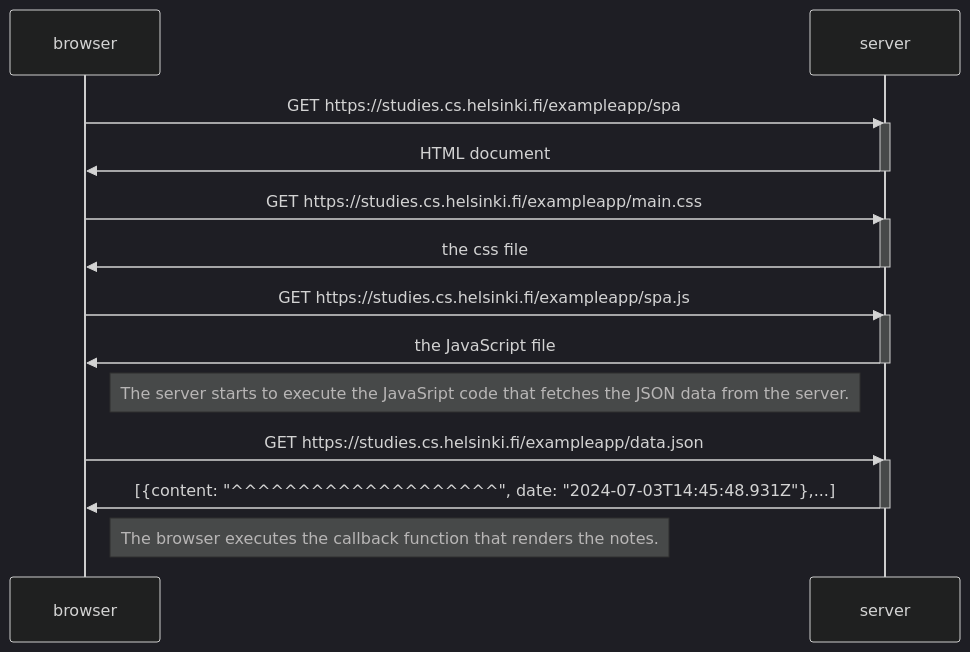
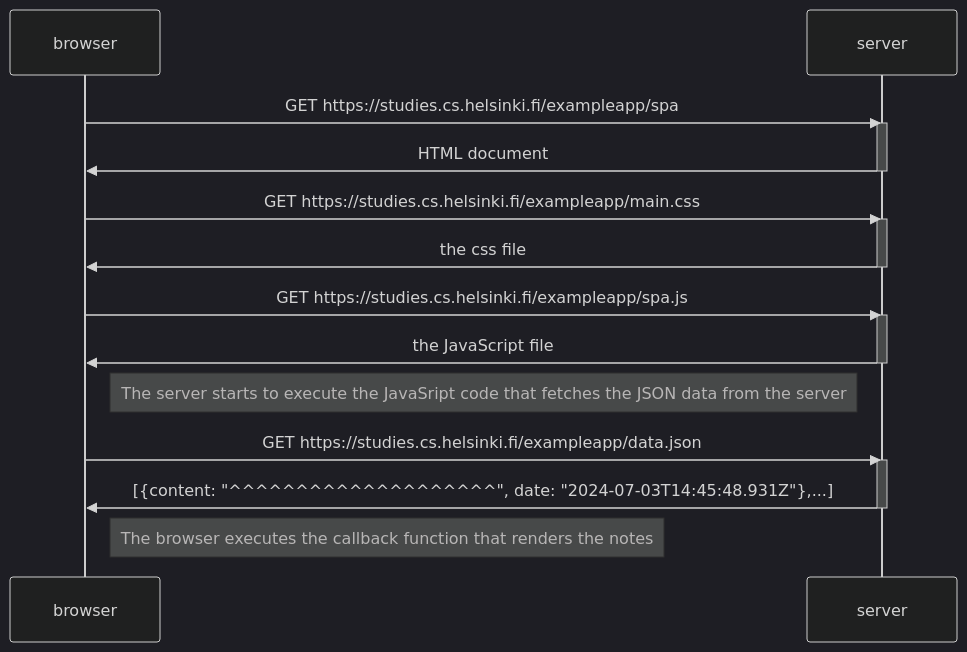
The diagram in osa0/05singlepageapp.md (jennavahtera/fullstack), drawn with Mermaid (dark theme) before and after one commit.

````diff
--- a/osa0/05singlepageapp.md
+++ b/osa0/05singlepageapp.md
@@ -1,30 +1,30 @@
 ```mermaid
 sequenceDiagram
 
         participant browser
         participant server
 
         browser->>server: GET https://studies.cs.helsinki.fi/exampleapp/spa
         activate server
         server->>browser: HTML document
         deactivate server
 
         browser->>server: GET https://studies.cs.helsinki.fi/exampleapp/main.css
         activate server
         server->>browser: the css file
         deactivate server
 
         browser->>server: GET https://studies.cs.helsinki.fi/exampleapp/spa.js
         activate server
         server->>browser: the JavaScript file
         deactivate server
 
-Note right of browser: The server starts to execute the JavaSript code that fetches the JSON data from the server.
+Note right of browser: The server starts to execute the JavaSript code that fetches the JSON data from the server
 
 	browser->>server: GET https://studies.cs.helsinki.fi/exampleapp/data.json
 	activate server
 	server->>browser: [{content: "^^^^^^^^^^^^^^^^^^^^", date: "2024-07-03T14:45:48.931Z"},...]
 	deactivate server
 
-Note right of browser: The browser executes the callback function that renders the notes.
+Note right of browser: The browser executes the callback function that renders the notes
 ```
````
